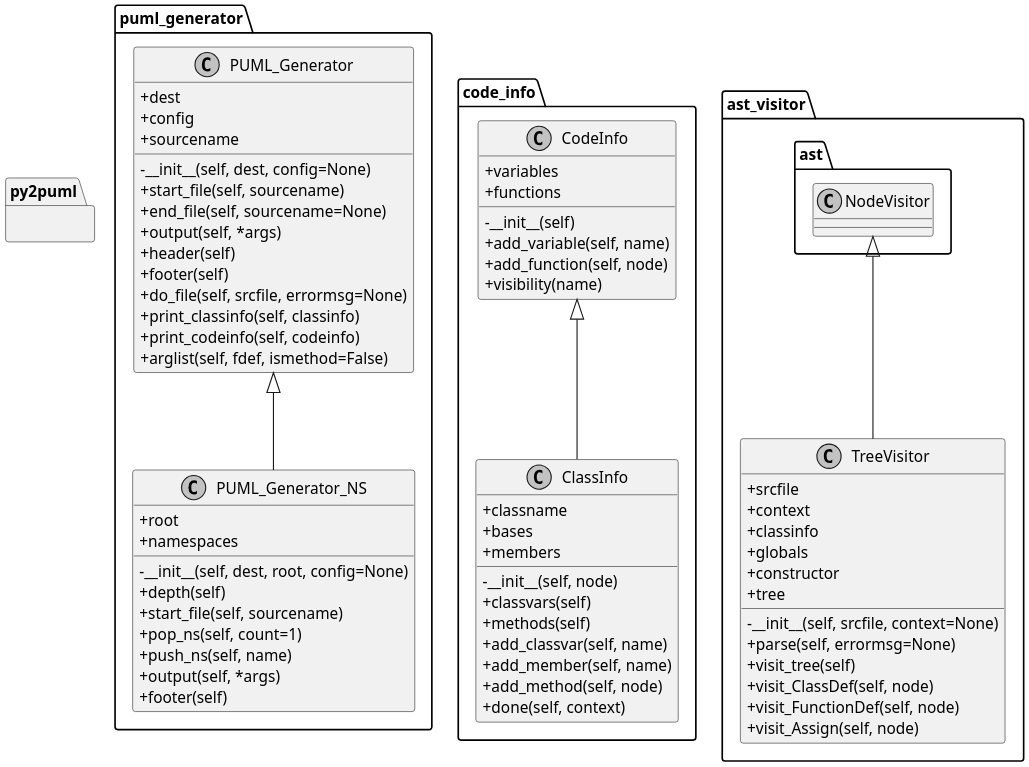
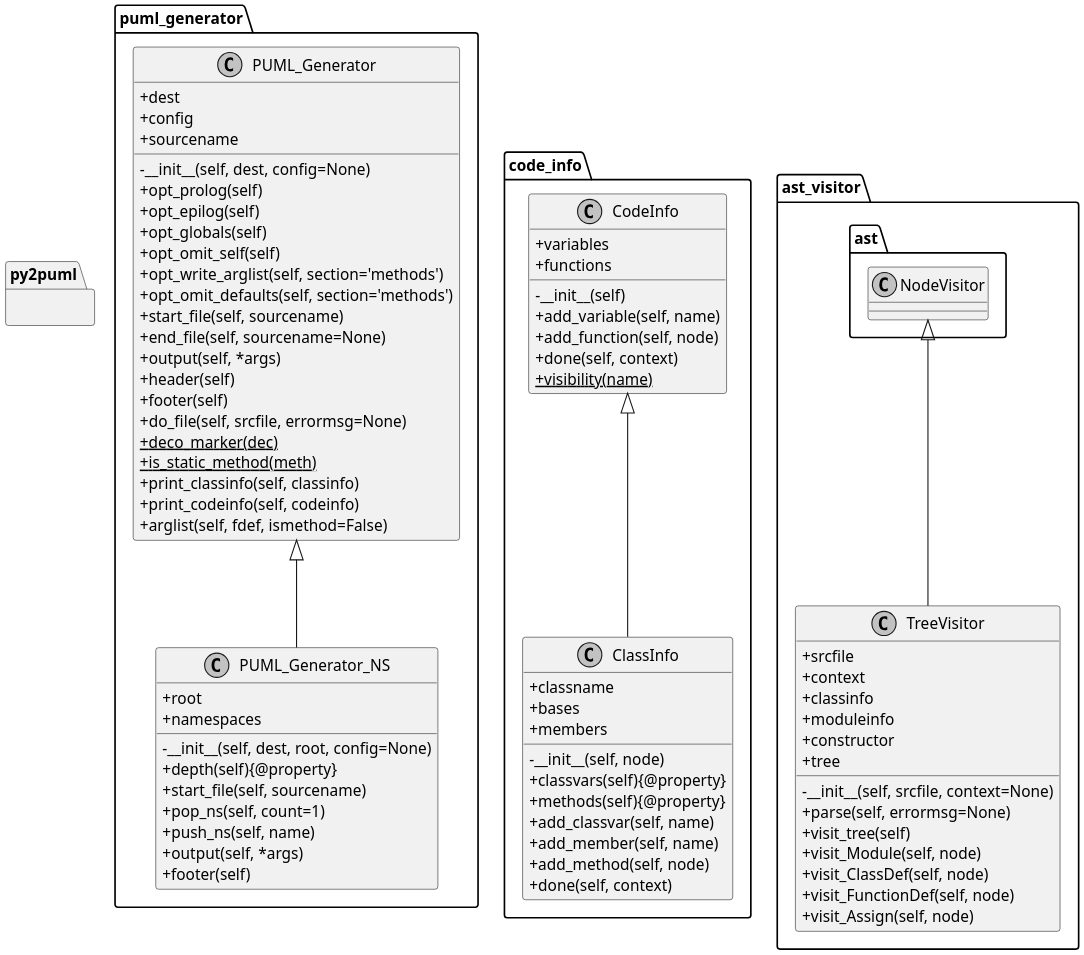
One commit to deadbok/py-puml-tools changed the diagram in py2puml/examples/py2puml_NS.puml. Above: the diagram before and after it, drawn with PlantUML. The commit also changed 19 other files, not shown here.

```diff
--- a/py2puml/examples/py2puml_NS.puml
+++ b/py2puml/examples/py2puml_NS.puml
@@ -1,82 +1,92 @@
 @startuml
 skinparam monochrome true
 skinparam classAttributeIconSize 0
 scale 2
 
 namespace py2puml {
 }
 namespace puml_generator {
   class PUML_Generator {
     +dest
     +config
     +sourcename
     -__init__(self, dest, config=None)
+    +opt_prolog(self)
+    +opt_epilog(self)
+    +opt_globals(self)
+    +opt_omit_self(self)
+    +opt_write_arglist(self, section='methods')
+    +opt_omit_defaults(self, section='methods')
     +start_file(self, sourcename)
     +end_file(self, sourcename=None)
     +output(self, *args)
     +header(self)
     +footer(self)
     +do_file(self, srcfile, errormsg=None)
+    +deco_marker(dec){static}
+    +is_static_method(meth){static}
     +print_classinfo(self, classinfo)
     +print_codeinfo(self, codeinfo)
     +arglist(self, fdef, ismethod=False)
   }
 
   PUML_Generator <|-- PUML_Generator_NS
   class PUML_Generator_NS {
     +root
     +namespaces
     -__init__(self, dest, root, config=None)
-    +depth(self)
+    +depth(self){@property}
     +start_file(self, sourcename)
     +pop_ns(self, count=1)
     +push_ns(self, name)
     +output(self, *args)
     +footer(self)
   }
 
 }
 namespace code_info {
   class CodeInfo {
     +variables
     +functions
     -__init__(self)
     +add_variable(self, name)
     +add_function(self, node)
-    +visibility(name)
+    +done(self, context)
+    +visibility(name){static}
   }
 
   CodeInfo <|-- ClassInfo
   class ClassInfo {
     +classname
     +bases
     +members
     -__init__(self, node)
-    +classvars(self)
-    +methods(self)
+    +classvars(self){@property}
+    +methods(self){@property}
     +add_classvar(self, name)
     +add_member(self, name)
     +add_method(self, node)
     +done(self, context)
   }
 
 }
 namespace ast_visitor {
   ast.NodeVisitor <|-- TreeVisitor
   class TreeVisitor {
     +srcfile
     +context
     +classinfo
-    +globals
+    +moduleinfo
     +constructor
     +tree
     -__init__(self, srcfile, context=None)
     +parse(self, errormsg=None)
     +visit_tree(self)
+    +visit_Module(self, node)
     +visit_ClassDef(self, node)
     +visit_FunctionDef(self, node)
     +visit_Assign(self, node)
   }
 
 }
 @enduml
```
